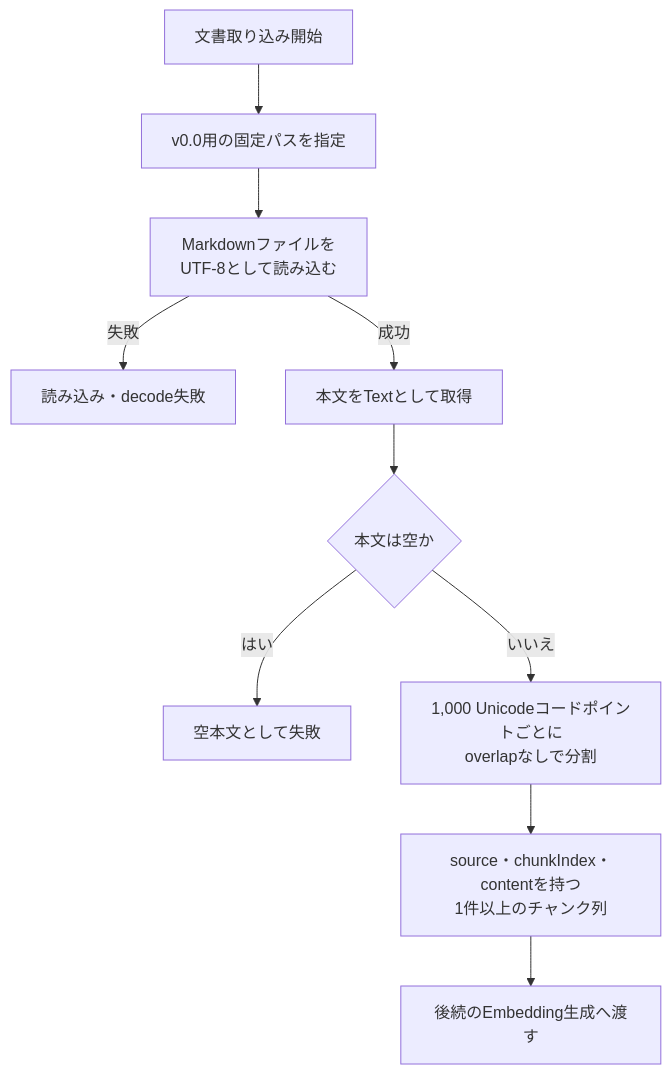
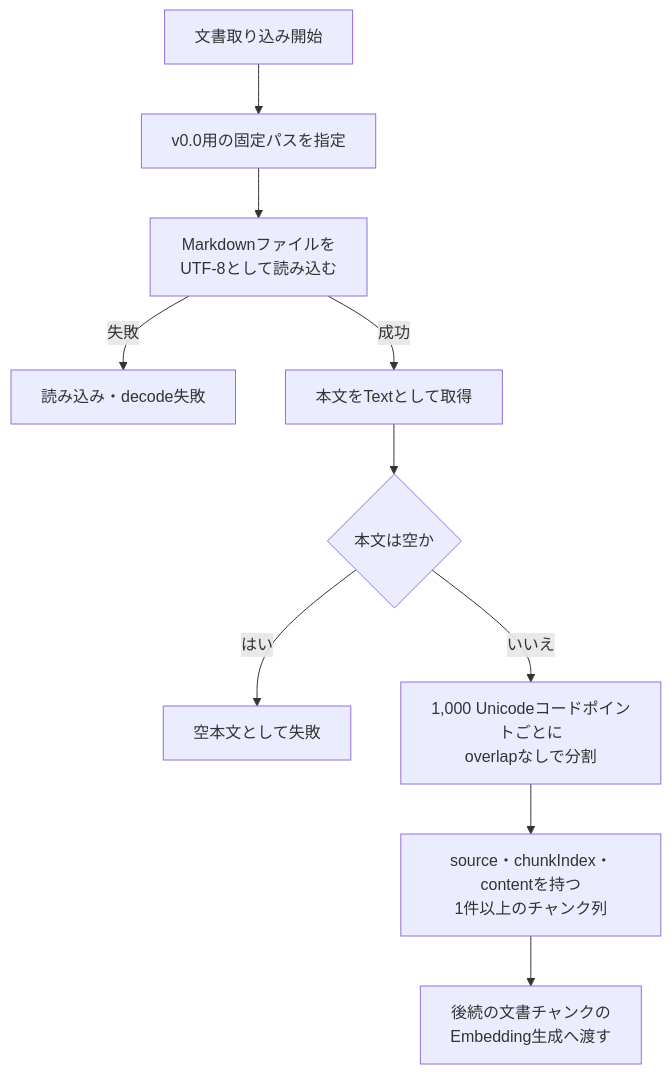
One commit to takashit16833/RAGScope changed the diagram in RAGScope/docs/design/文書処理設計.md. Above: the diagram before and after it, drawn with Mermaid. The commit also changed other lines of this file and 4 other files, not shown here.

````diff
--- a/RAGScope/docs/design/文書処理設計.md
+++ b/RAGScope/docs/design/文書処理設計.md
@@ -215,19 +215,19 @@
 ```mermaid
 flowchart TD
     Start["文書取り込み開始"]
     FixedPath["v0.0用の固定パスを指定"]
     Read["Markdownファイルを<br>UTF-8として読み込む"]
     ReadError["読み込み・decode失敗"]
     Loaded["本文をTextとして取得"]
     Empty{"本文は空か"}
     EmptyError["空本文として失敗"]
     Chunk["1,000 Unicodeコードポイントごとに<br>overlapなしで分割"]
     Result["source・chunkIndex・contentを持つ<br>1件以上のチャンク列"]
-    Handoff["後続のEmbedding生成へ渡す"]
+    Handoff["後続の文書チャンクの<br>Embedding生成へ渡す"]
 
     Start --> FixedPath --> Read
     Read -->|失敗| ReadError
     Read -->|成功| Loaded --> Empty
     Empty -->|はい| EmptyError
     Empty -->|いいえ| Chunk --> Result --> Handoff
 ```
````
